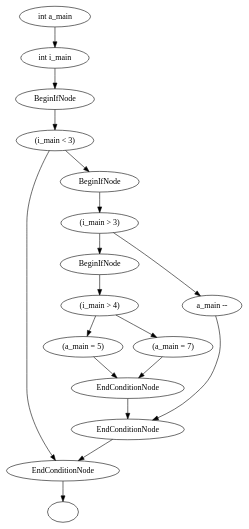
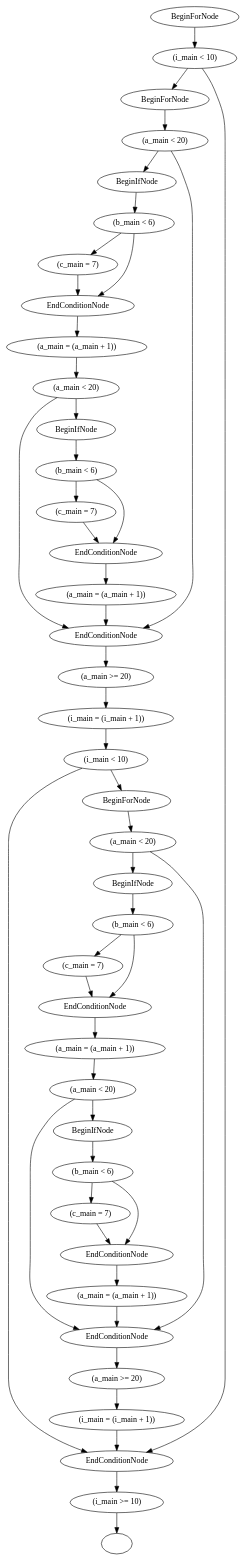
Before and after one commit to vananhnt/Vtse-VerificationTool: the diagram in graph.dot, drawn with Graphviz. The commit also changed 14 other files, not shown here.

```diff
--- a/graph.dot
+++ b/graph.dot
@@ -1,53 +1,143 @@
 digraph {
-"int a_main 671467883" -> "int i_main 407697359";
-"int a_main 671467883" [ label="int a_main "];
-"int i_main 407697359" [ label="int i_main "];
-"int i_main 407697359" -> "802600647";
-"int i_main 407697359" [ label="int i_main "];
-"802600647" [ label="BeginIfNode"];
-"802600647" -> "(i_main < 3)1543148593";
-"802600647" [ label="BeginIfNode"];
-"(i_main < 3)1543148593" [ label="(i_main < 3)"];
-"(i_main < 3)1543148593" -> "1571967156";
-"(i_main < 3)1543148593" [ label="(i_main < 3)"];
-"1571967156" [ label="EndConditionNode"];
-"(i_main < 3)1543148593" -> "574568002";
-"(i_main < 3)1543148593" [ label="(i_main < 3)"];
-"574568002" [ label="BeginIfNode"];
-"574568002" -> "(i_main > 3)952486988";
-"574568002" [ label="BeginIfNode"];
-"(i_main > 3)952486988" [ label="(i_main > 3)"];
-"(i_main > 3)952486988" -> "932285561";
-"(i_main > 3)952486988" [ label="(i_main > 3)"];
-"932285561" [ label="BeginIfNode"];
-"(i_main > 3)952486988" -> "a_main --2028555727";
-"(i_main > 3)952486988" [ label="(i_main > 3)"];
-"a_main --2028555727" [ label="a_main --"];
-"932285561" -> "(i_main > 4)591391158";
-"932285561" [ label="BeginIfNode"];
-"(i_main > 4)591391158" [ label="(i_main > 4)"];
-"(i_main > 4)591391158" -> "(a_main = 5)898557489";
-"(i_main > 4)591391158" [ label="(i_main > 4)"];
-"(a_main = 5)898557489" [ label="(a_main = 5)"];
-"(i_main > 4)591391158" -> "(a_main = 7)247944893";
-"(i_main > 4)591391158" [ label="(i_main > 4)"];
-"(a_main = 7)247944893" [ label="(a_main = 7)"];
-"(a_main = 5)898557489" -> "1014166943";
-"(a_main = 5)898557489" [ label="(a_main = 5)"];
-"1014166943" [ label="EndConditionNode"];
-"(a_main = 7)247944893" -> "1014166943";
-"(a_main = 7)247944893" [ label="(a_main = 7)"];
-"1014166943" [ label="EndConditionNode"];
-"1014166943" -> "1625082366";
-"1014166943" [ label="EndConditionNode"];
-"1625082366" [ label="EndConditionNode"];
-"a_main --2028555727" -> "1625082366";
-"a_main --2028555727" [ label="a_main --"];
-"1625082366" [ label="EndConditionNode"];
-"1625082366" -> "1571967156";
-"1625082366" [ label="EndConditionNode"];
-"1571967156" [ label="EndConditionNode"];
-"1571967156" -> "572593338";
-"1571967156" [ label="EndConditionNode"];
-"572593338" [ label=""];
+"1792320629" -> "(i_main < 10)508548659";
+"1792320629" [ label="BeginForNode"];
+"(i_main < 10)508548659" [ label="(i_main < 10)"];
+"(i_main < 10)508548659" -> "1548049730";
+"(i_main < 10)508548659" [ label="(i_main < 10)"];
+"1548049730" [ label="BeginForNode"];
+"(i_main < 10)508548659" -> "1086173293";
+"(i_main < 10)508548659" [ label="(i_main < 10)"];
+"1086173293" [ label="EndConditionNode"];
+"1548049730" -> "(a_main < 20)260391683";
+"1548049730" [ label="BeginForNode"];
+"(a_main < 20)260391683" [ label="(a_main < 20)"];
+"(a_main < 20)260391683" -> "1872487054";
+"(a_main < 20)260391683" [ label="(a_main < 20)"];
+"1872487054" [ label="BeginIfNode"];
+"(a_main < 20)260391683" -> "432147826";
+"(a_main < 20)260391683" [ label="(a_main < 20)"];
+"432147826" [ label="EndConditionNode"];
+"1872487054" -> "(b_main < 6)877787391";
+"1872487054" [ label="BeginIfNode"];
+"(b_main < 6)877787391" [ label="(b_main < 6)"];
+"(b_main < 6)877787391" -> "(c_main = 7)559298332";
+"(b_main < 6)877787391" [ label="(b_main < 6)"];
+"(c_main = 7)559298332" [ label="(c_main = 7)"];
+"(b_main < 6)877787391" -> "678823897";
+"(b_main < 6)877787391" [ label="(b_main < 6)"];
+"678823897" [ label="EndConditionNode"];
+"(c_main = 7)559298332" -> "678823897";
+"(c_main = 7)559298332" [ label="(c_main = 7)"];
+"678823897" [ label="EndConditionNode"];
+"678823897" -> "(a_main = (a_main + 1))324764712";
+"678823897" [ label="EndConditionNode"];
+"(a_main = (a_main + 1))324764712" [ label="(a_main = (a_main + 1))"];
+"(a_main = (a_main + 1))324764712" -> "(a_main < 20)1261141566";
+"(a_main = (a_main + 1))324764712" [ label="(a_main = (a_main + 1))"];
+"(a_main < 20)1261141566" [ label="(a_main < 20)"];
+"(a_main < 20)1261141566" -> "1532321424";
+"(a_main < 20)1261141566" [ label="(a_main < 20)"];
+"1532321424" [ label="BeginIfNode"];
+"(a_main < 20)1261141566" -> "432147826";
+"(a_main < 20)1261141566" [ label="(a_main < 20)"];
+"432147826" [ label="EndConditionNode"];
+"1532321424" -> "(b_main < 6)1124455148";
+"1532321424" [ label="BeginIfNode"];
+"(b_main < 6)1124455148" [ label="(b_main < 6)"];
+"(b_main < 6)1124455148" -> "(c_main = 7)212886624";
+"(b_main < 6)1124455148" [ label="(b_main < 6)"];
+"(c_main = 7)212886624" [ label="(c_main = 7)"];
+"(b_main < 6)1124455148" -> "486154566";
+"(b_main < 6)1124455148" [ label="(b_main < 6)"];
+"486154566" [ label="EndConditionNode"];
+"(c_main = 7)212886624" -> "486154566";
+"(c_main = 7)212886624" [ label="(c_main = 7)"];
+"486154566" [ label="EndConditionNode"];
+"486154566" -> "(a_main = (a_main + 1))1839881623";
+"486154566" [ label="EndConditionNode"];
+"(a_main = (a_main + 1))1839881623" [ label="(a_main = (a_main + 1))"];
+"(a_main = (a_main + 1))1839881623" -> "432147826";
+"(a_main = (a_main + 1))1839881623" [ label="(a_main = (a_main + 1))"];
+"432147826" [ label="EndConditionNode"];
+"432147826" -> "(a_main >= 20)5595260";
+"432147826" [ label="EndConditionNode"];
+"(a_main >= 20)5595260" [ label="(a_main >= 20)"];
+"(a_main >= 20)5595260" -> "(i_main = (i_main + 1))264865650";
+"(a_main >= 20)5595260" [ label="(a_main >= 20)"];
+"(i_main = (i_main + 1))264865650" [ label="(i_main = (i_main + 1))"];
+"(i_main = (i_main + 1))264865650" -> "(i_main < 10)1123317724";
+"(i_main = (i_main + 1))264865650" [ label="(i_main = (i_main + 1))"];
+"(i_main < 10)1123317724" [ label="(i_main < 10)"];
+"(i_main < 10)1123317724" -> "2098060528";
+"(i_main < 10)1123317724" [ label="(i_main < 10)"];
+"2098060528" [ label="BeginForNode"];
+"(i_main < 10)1123317724" -> "1086173293";
+"(i_main < 10)1123317724" [ label="(i_main < 10)"];
+"1086173293" [ label="EndConditionNode"];
+"2098060528" -> "(a_main < 20)1450186157";
+"2098060528" [ label="BeginForNode"];
+"(a_main < 20)1450186157" [ label="(a_main < 20)"];
+"(a_main < 20)1450186157" -> "356641286";
+"(a_main < 20)1450186157" [ label="(a_main < 20)"];
+"356641286" [ label="BeginIfNode"];
+"(a_main < 20)1450186157" -> "1961506277";
+"(a_main < 20)1450186157" [ label="(a_main < 20)"];
+"1961506277" [ label="EndConditionNode"];
+"356641286" -> "(b_main < 6)1737727444";
+"356641286" [ label="BeginIfNode"];
+"(b_main < 6)1737727444" [ label="(b_main < 6)"];
+"(b_main < 6)1737727444" -> "(c_main = 7)823669238";
+"(b_main < 6)1737727444" [ label="(b_main < 6)"];
+"(c_main = 7)823669238" [ label="(c_main = 7)"];
+"(b_main < 6)1737727444" -> "722729993";
+"(b_main < 6)1737727444" [ label="(b_main < 6)"];
+"722729993" [ label="EndConditionNode"];
+"(c_main = 7)823669238" -> "722729993";
+"(c_main = 7)823669238" [ label="(c_main = 7)"];
+"722729993" [ label="EndConditionNode"];
+"722729993" -> "(a_main = (a_main + 1))250847635";
+"722729993" [ label="EndConditionNode"];
+"(a_main = (a_main + 1))250847635" [ label="(a_main = (a_main + 1))"];
+"(a_main = (a_main + 1))250847635" -> "(a_main < 20)1970663588";
+"(a_main = (a_main + 1))250847635" [ label="(a_main = (a_main + 1))"];
+"(a_main < 20)1970663588" [ label="(a_main < 20)"];
+"(a_main < 20)1970663588" -> "85125245";
+"(a_main < 20)1970663588" [ label="(a_main < 20)"];
+"85125245" [ label="BeginIfNode"];
+"(a_main < 20)1970663588" -> "1961506277";
+"(a_main < 20)1970663588" [ label="(a_main < 20)"];
+"1961506277" [ label="EndConditionNode"];
+"85125245" -> "(b_main < 6)827703138";
+"85125245" [ label="BeginIfNode"];
+"(b_main < 6)827703138" [ label="(b_main < 6)"];
+"(b_main < 6)827703138" -> "(c_main = 7)582582242";
+"(b_main < 6)827703138" [ label="(b_main < 6)"];
+"(c_main = 7)582582242" [ label="(c_main = 7)"];
+"(b_main < 6)827703138" -> "2022923201";
+"(b_main < 6)827703138" [ label="(b_main < 6)"];
+"2022923201" [ label="EndConditionNode"];
+"(c_main = 7)582582242" -> "2022923201";
+"(c_main = 7)582582242" [ label="(c_main = 7)"];
+"2022923201" [ label="EndConditionNode"];
+"2022923201" -> "(a_main = (a_main + 1))1792021934";
+"2022923201" [ label="EndConditionNode"];
+"(a_main = (a_main + 1))1792021934" [ label="(a_main = (a_main + 1))"];
+"(a_main = (a_main + 1))1792021934" -> "1961506277";
+"(a_main = (a_main + 1))1792021934" [ label="(a_main = (a_main + 1))"];
+"1961506277" [ label="EndConditionNode"];
+"1961506277" -> "(a_main >= 20)1994524985";
+"1961506277" [ label="EndConditionNode"];
+"(a_main >= 20)1994524985" [ label="(a_main >= 20)"];
+"(a_main >= 20)1994524985" -> "(i_main = (i_main + 1))525151848";
+"(a_main >= 20)1994524985" [ label="(a_main >= 20)"];
+"(i_main = (i_main + 1))525151848" [ label="(i_main = (i_main + 1))"];
+"(i_main = (i_main + 1))525151848" -> "1086173293";
+"(i_main = (i_main + 1))525151848" [ label="(i_main = (i_main + 1))"];
+"1086173293" [ label="EndConditionNode"];
+"1086173293" -> "(i_main >= 10)2103583507";
+"1086173293" [ label="EndConditionNode"];
+"(i_main >= 10)2103583507" [ label="(i_main >= 10)"];
+"(i_main >= 10)2103583507" -> "393553012";
+"(i_main >= 10)2103583507" [ label="(i_main >= 10)"];
+"393553012" [ label=""];
 }
```
